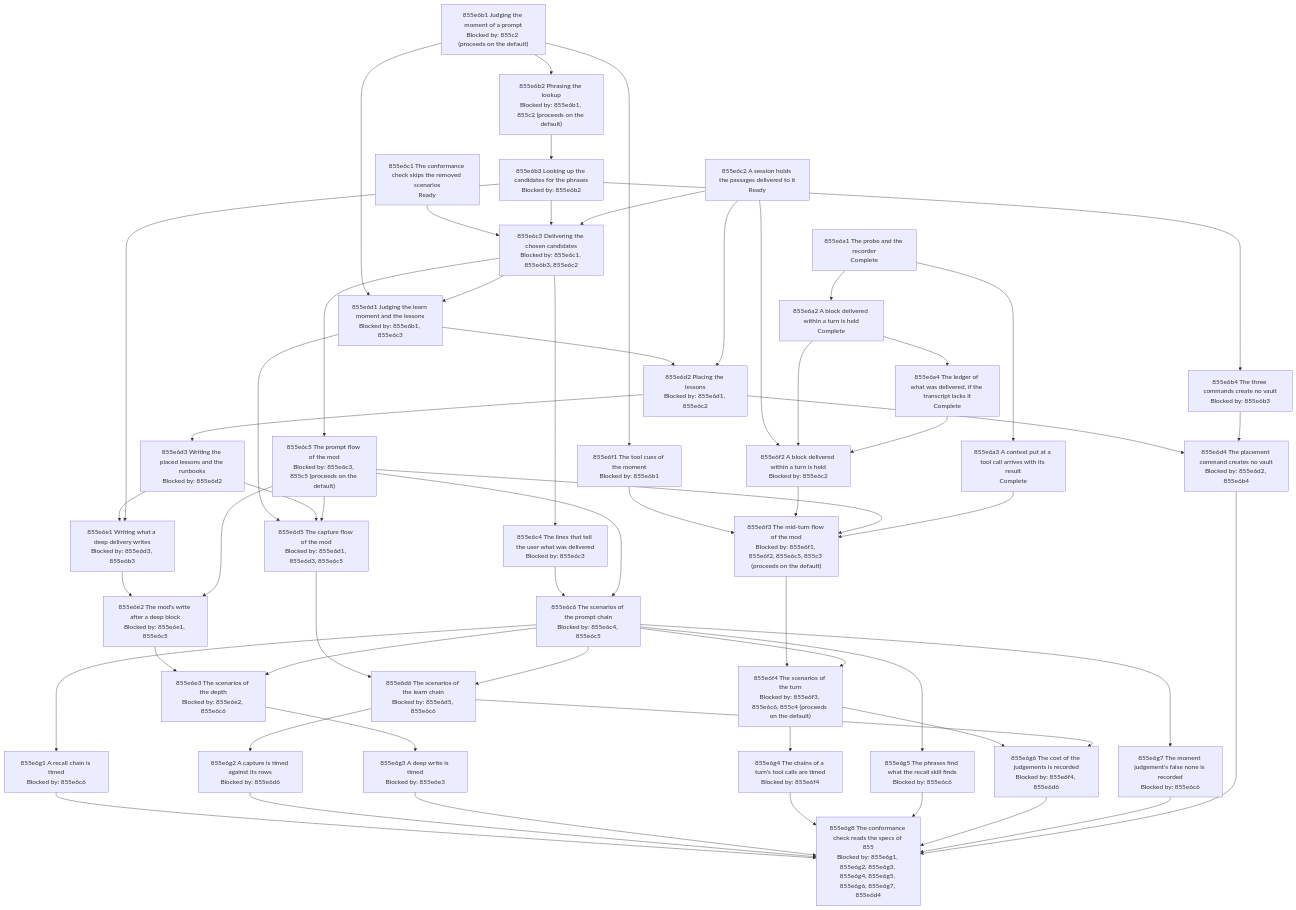
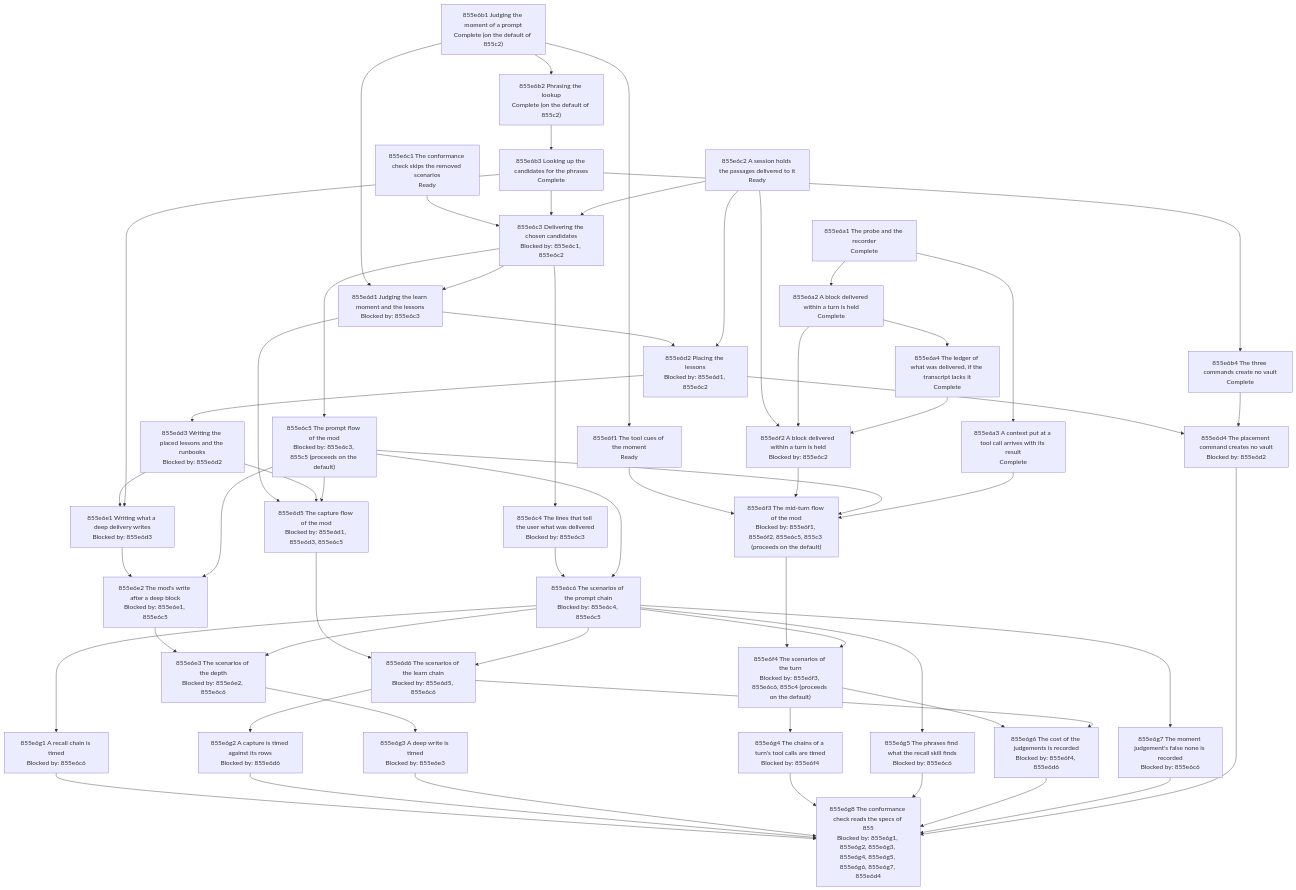
The diagram in docs/changes/855_judged-automatic-memory/855e_implementation-plan.md (toejough/engram), drawn with Mermaid before and after one commit. The commit also changed other lines of this file, not shown here.

```diff
--- a/docs/changes/855_judged-automatic-memory/855e_implementation-plan.md
+++ b/docs/changes/855_judged-automatic-memory/855e_implementation-plan.md
@@ -57,26 +57,26 @@
     n855e6a2["855e6a2 A block delivered within a turn is held<br/>Complete"]
     n855e6a3["855e6a3 A context put at a tool call arrives with its result<br/>Complete"]
     n855e6a4["855e6a4 The ledger of what was delivered, if the transcript lacks it<br/>Complete"]
-    n855e6b1["855e6b1 Judging the moment of a prompt<br/>Blocked by: 855c2 (proceeds on the default)"]
-    n855e6b2["855e6b2 Phrasing the lookup<br/>Blocked by: 855e6b1, 855c2 (proceeds on the default)"]
-    n855e6b3["855e6b3 Looking up the candidates for the phrases<br/>Blocked by: 855e6b2"]
-    n855e6b4["855e6b4 The three commands create no vault<br/>Blocked by: 855e6b3"]
+    n855e6b1["855e6b1 Judging the moment of a prompt<br/>Complete (on the default of 855c2)"]
+    n855e6b2["855e6b2 Phrasing the lookup<br/>Complete (on the default of 855c2)"]
+    n855e6b3["855e6b3 Looking up the candidates for the phrases<br/>Complete"]
+    n855e6b4["855e6b4 The three commands create no vault<br/>Complete"]
     n855e6c1["855e6c1 The conformance check skips the removed scenarios<br/>Ready"]
     n855e6c2["855e6c2 A session holds the passages delivered to it<br/>Ready"]
-    n855e6c3["855e6c3 Delivering the chosen candidates<br/>Blocked by: 855e6c1, 855e6b3, 855e6c2"]
+    n855e6c3["855e6c3 Delivering the chosen candidates<br/>Blocked by: 855e6c1, 855e6c2"]
     n855e6c4["855e6c4 The lines that tell the user what was delivered<br/>Blocked by: 855e6c3"]
     n855e6c5["855e6c5 The prompt flow of the mod<br/>Blocked by: 855e6c3, 855c5 (proceeds on the default)"]
     n855e6c6["855e6c6 The scenarios of the prompt chain<br/>Blocked by: 855e6c4, 855e6c5"]
-    n855e6d1["855e6d1 Judging the learn moment and the lessons<br/>Blocked by: 855e6b1, 855e6c3"]
+    n855e6d1["855e6d1 Judging the learn moment and the lessons<br/>Blocked by: 855e6c3"]
     n855e6d2["855e6d2 Placing the lessons<br/>Blocked by: 855e6d1, 855e6c2"]
     n855e6d3["855e6d3 Writing the placed lessons and the runbooks<br/>Blocked by: 855e6d2"]
-    n855e6d4["855e6d4 The placement command creates no vault<br/>Blocked by: 855e6d2, 855e6b4"]
+    n855e6d4["855e6d4 The placement command creates no vault<br/>Blocked by: 855e6d2"]
     n855e6d5["855e6d5 The capture flow of the mod<br/>Blocked by: 855e6d1, 855e6d3, 855e6c5"]
     n855e6d6["855e6d6 The scenarios of the learn chain<br/>Blocked by: 855e6d5, 855e6c6"]
-    n855e6e1["855e6e1 Writing what a deep delivery writes<br/>Blocked by: 855e6d3, 855e6b3"]
+    n855e6e1["855e6e1 Writing what a deep delivery writes<br/>Blocked by: 855e6d3"]
     n855e6e2["855e6e2 The mod's write after a deep block<br/>Blocked by: 855e6e1, 855e6c5"]
     n855e6e3["855e6e3 The scenarios of the depth<br/>Blocked by: 855e6e2, 855e6c6"]
-    n855e6f1["855e6f1 The tool cues of the moment<br/>Blocked by: 855e6b1"]
+    n855e6f1["855e6f1 The tool cues of the moment<br/>Ready"]
     n855e6f2["855e6f2 A block delivered within a turn is held<br/>Blocked by: 855e6c2"]
     n855e6f3["855e6f3 The mid-turn flow of the mod<br/>Blocked by: 855e6f1, 855e6f2, 855e6c5, 855c3 (proceeds on the default)"]
     n855e6f4["855e6f4 The scenarios of the turn<br/>Blocked by: 855e6f3, 855e6c6, 855c4 (proceeds on the default)"]
```
